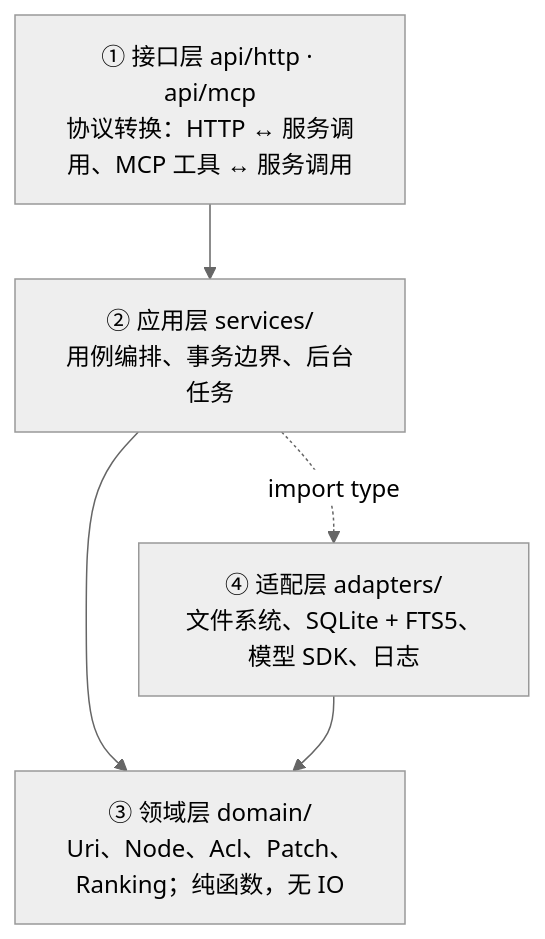
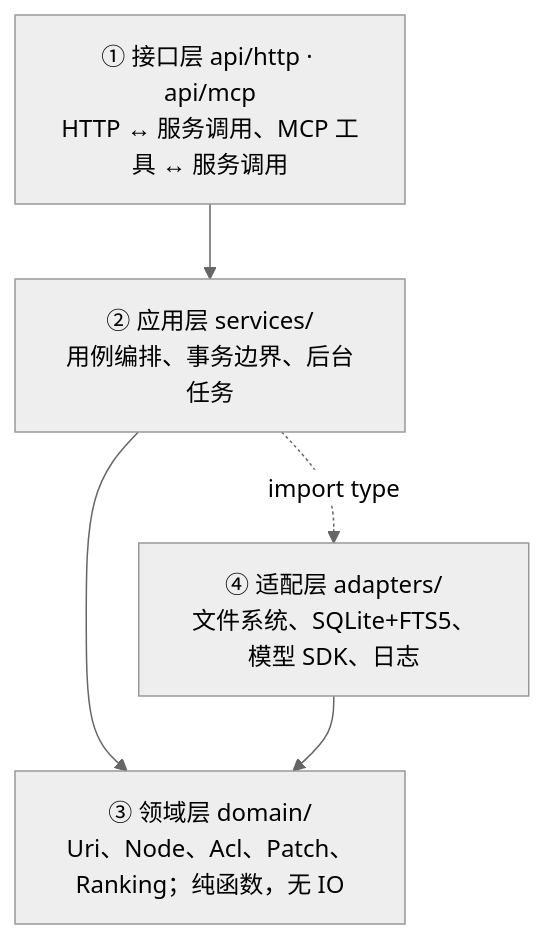
One commit to Micraow/CoMem changed the second of 2 diagrams in README.md. Above: the diagram before and after it, drawn with Mermaid (neutral theme). The commit also changed other lines of this file, not shown here.

````diff
--- a/README.md
+++ b/README.md
@@ -151,11 +214,11 @@
 ```mermaid
 flowchart TB
-  API["① 接口层 api/http · api/mcp<br/>协议转换：HTTP ↔ 服务调用、MCP 工具 ↔ 服务调用"]
+  API["① 接口层 api/http · api/mcp<br/>HTTP ↔ 服务调用、MCP 工具 ↔ 服务调用"]
   SVC["② 应用层 services/<br/>用例编排、事务边界、后台任务"]
   DOM["③ 领域层 domain/<br/>Uri、Node、Acl、Patch、Ranking；纯函数，无 IO"]
-  ADP["④ 适配层 adapters/<br/>文件系统、SQLite + FTS5、模型 SDK、日志"]
+  ADP["④ 适配层 adapters/<br/>文件系统、SQLite+FTS5、模型 SDK、日志"]
   API --> SVC
   SVC --> DOM
   SVC -. "import type" .-> ADP
   ADP --> DOM
 ```
````
